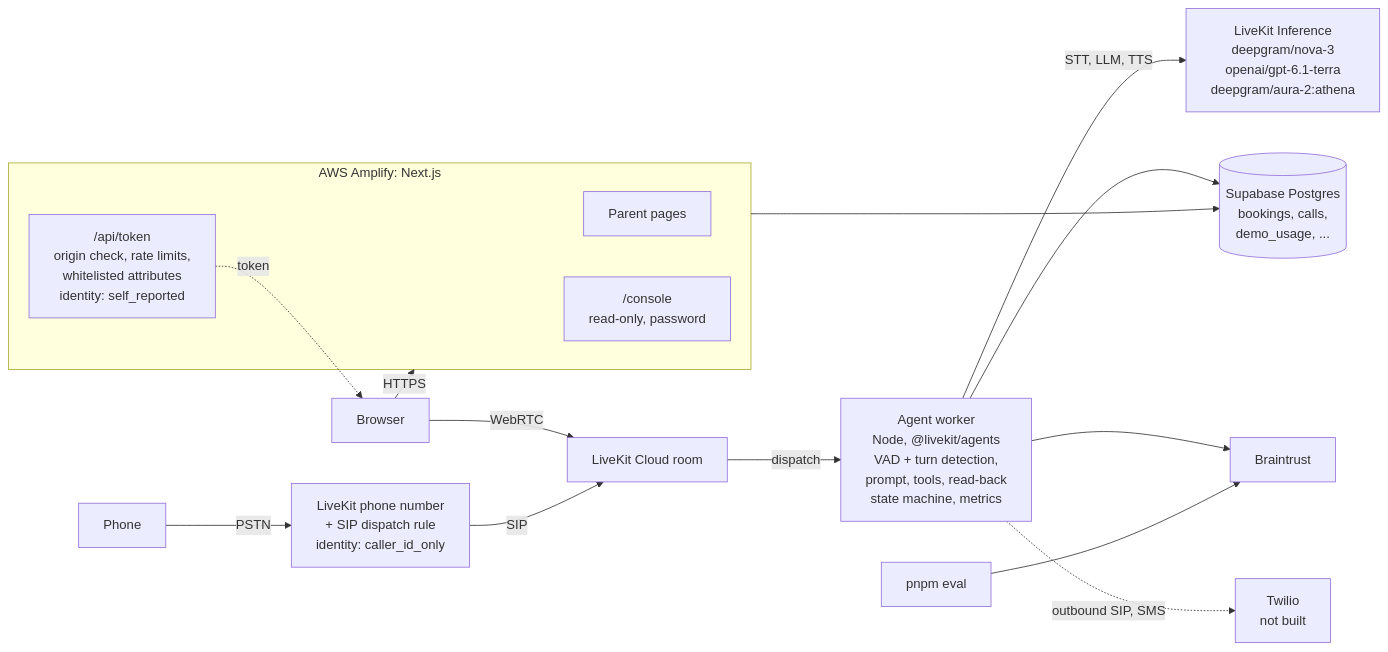
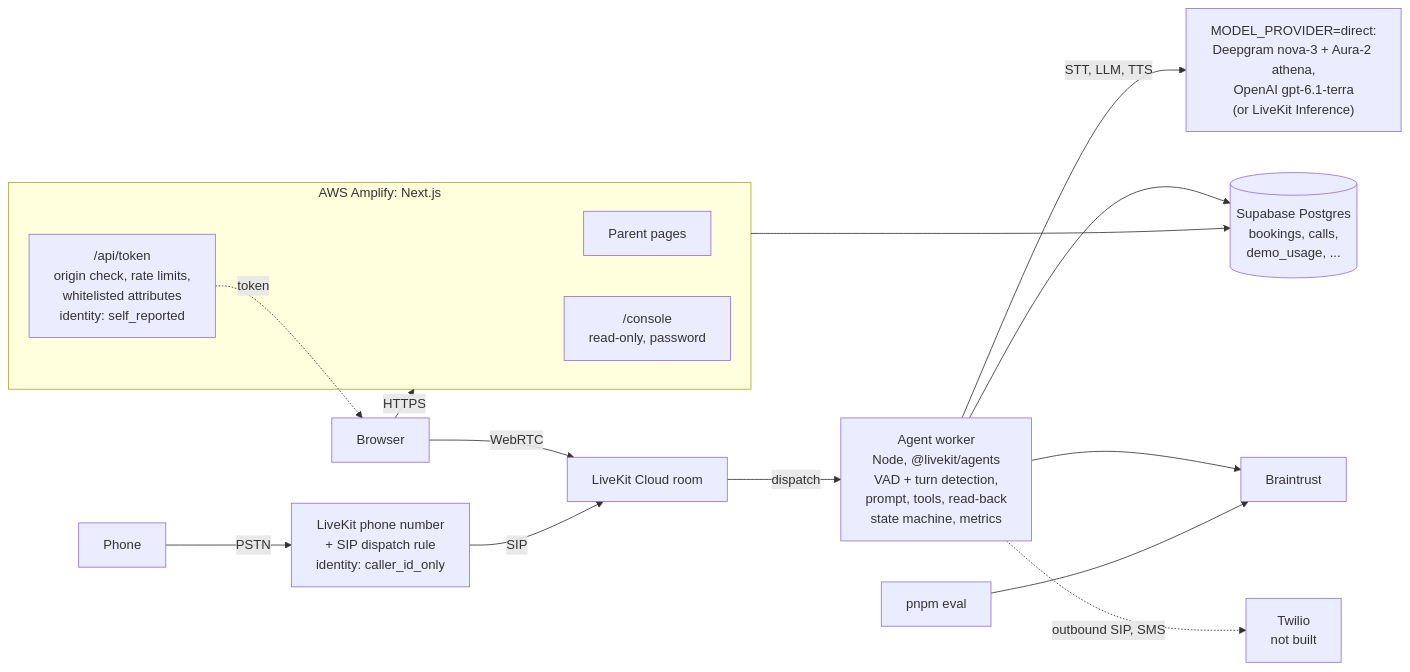
One commit to umutc/movo-voice-demo changed the first of 2 diagrams in README.md. Above: the diagram before and after it, drawn with Mermaid. The commit also changed other lines of this file and 35 other files, not shown here.

Commit message:
feat: direct Deepgram and OpenAI providers, budget alerts, MODEL_PROVIDER switch

````diff
--- a/README.md
+++ b/README.md
@@ -63,21 +88,21 @@
 ```mermaid
 flowchart LR
   BR["Browser"] -->|HTTPS| AMP
   PH["Phone"] -->|PSTN| SIP["LiveKit phone number<br/>+ SIP dispatch rule<br/>identity: caller_id_only"]
   subgraph AMP["AWS Amplify: Next.js"]
     PG["Parent pages"]
     TK["/api/token<br/>origin check, rate limits,<br/>whitelisted attributes<br/>identity: self_reported"]
     CO["/console<br/>read-only, password"]
   end
   TK -.->|token| BR
   BR -->|WebRTC| ROOM
   SIP -->|SIP| ROOM
   ROOM["LiveKit Cloud room"] -->|dispatch| W
   W["Agent worker<br/>Node, @livekit/agents<br/>VAD + turn detection,<br/>prompt, tools, read-back<br/>state machine, metrics"]
-  W -->|"STT, LLM, TTS"| INF["LiveKit Inference<br/>deepgram/nova-3<br/>openai/gpt-6.1-terra<br/>deepgram/aura-2:athena"]
+  W -->|"STT, LLM, TTS"| INF["MODEL_PROVIDER=direct:<br/>Deepgram nova-3 + Aura-2 athena,<br/>OpenAI gpt-6.1-terra<br/>(or LiveKit Inference)"]
   W --> DB[("Supabase Postgres<br/>bookings, calls,<br/>demo_usage, ...")]
   AMP --> DB
   W --> BT["Braintrust"]
   EV["pnpm eval"] --> BT
   W -.->|"outbound SIP, SMS"| TW["Twilio<br/>not built"]
 ```
````
